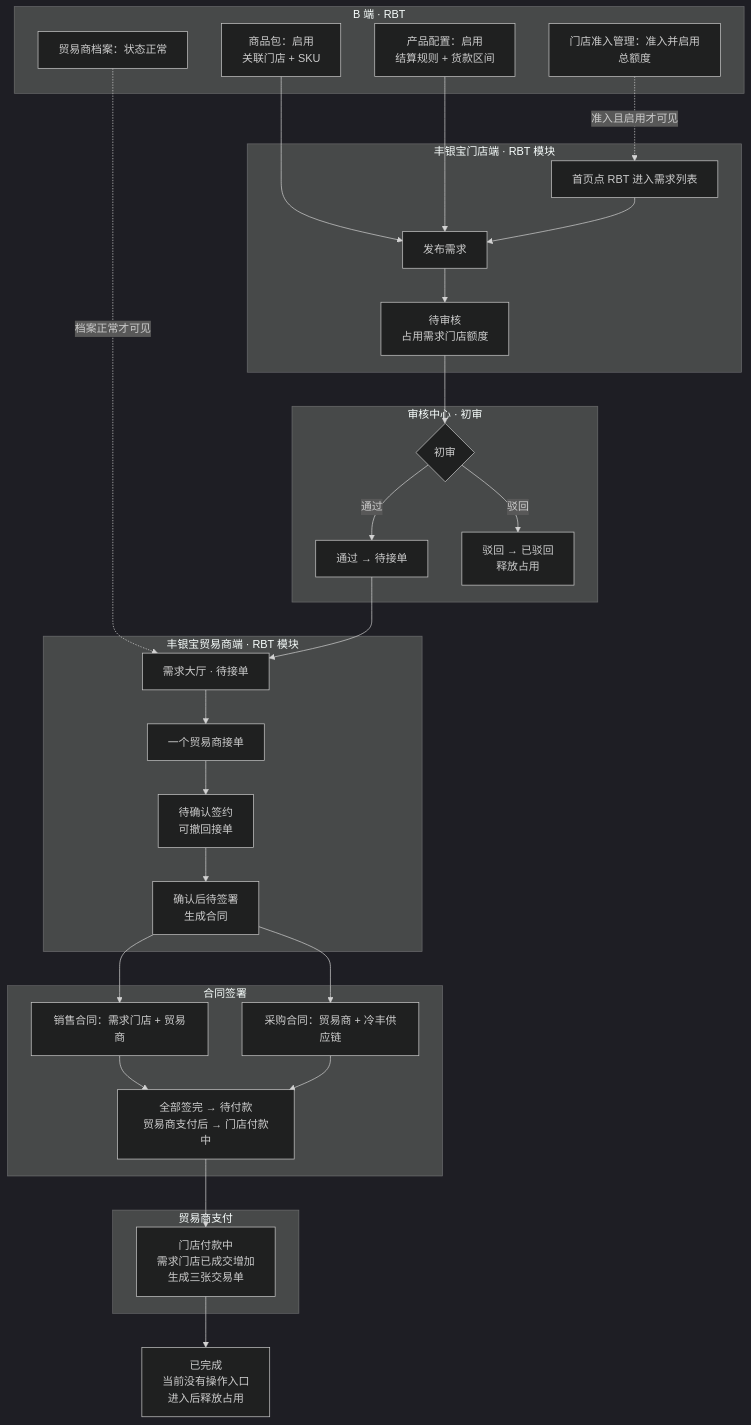
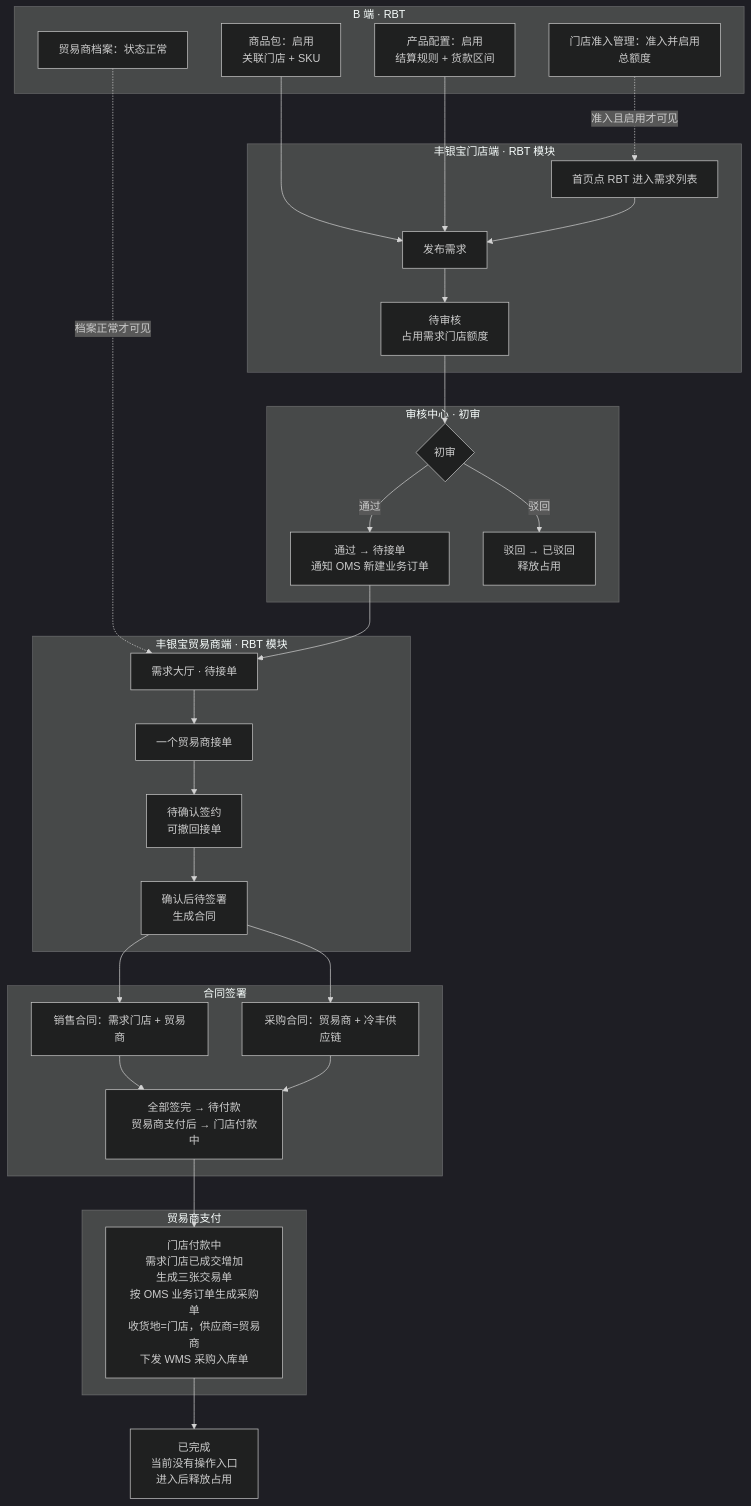
Before and after one commit to 342-droid/LFerp: the first of 7 diagrams in RBT/docs/1-整体业务流程图.md, drawn with Mermaid (dark theme). The commit also changed other lines of this file and 4 other files, not shown here.

````diff
--- a/RBT/docs/1-整体业务流程图.md
+++ b/RBT/docs/1-整体业务流程图.md
@@ -13,52 +15,52 @@
 ```mermaid
 flowchart TB
   subgraph B["B 端 · RBT"]
     A1[门店准入管理：准入并启用<br/>总额度]
     A2[商品包：启用<br/>关联门店 + SKU]
     A3[产品配置：启用<br/>结算规则 + 货款区间]
     A4[贸易商档案：状态正常]
   end
 
   subgraph STORE["丰银宝门店端 · RBT 模块"]
     B1[首页点 RBT 进入需求列表]
     B2[发布需求]
     B3[待审核<br/>占用需求门店额度]
   end
 
   subgraph AUD1["审核中心 · 初审"]
     C1{初审}
-    C2[通过 → 待接单]
+    C2[通过 → 待接单<br/>通知 OMS 新建业务订单]
     C3[驳回 → 已驳回<br/>释放占用]
   end
 
   subgraph TRADER["丰银宝贸易商端 · RBT 模块"]
     D1[需求大厅 · 待接单]
     D2[一个贸易商接单]
     D2b[待确认签约<br/>可撤回接单]
     D3[确认后待签署<br/>生成合同]
   end
 
   subgraph SIGN["合同签署"]
     E2[销售合同：需求门店 + 贸易商]
     E3[采购合同：贸易商 + 冷丰供应链]
     E4[全部签完 → 待付款<br/>贸易商支付后 → 门店付款中]
   end
 
   subgraph PAY["贸易商支付"]
-    F2[门店付款中<br/>需求门店已成交增加<br/>生成三张交易单]
+    F2[门店付款中<br/>需求门店已成交增加<br/>生成三张交易单<br/>按 OMS 业务订单生成采购单<br/>收货地=门店，供应商=贸易商<br/>下发 WMS 采购入库单]
   end
 
   A1 -.->|准入且启用才可见| B1
   A4 -.->|档案正常才可见| D1
   A2 --> B2
   A3 --> B2
   B1 --> B2 --> B3 --> C1
   C1 -->|通过| C2 --> D1 --> D2 --> D2b --> D3
   C1 -->|驳回| C3
   D3 --> E2
   D3 --> E3
   E2 --> E4
   E3 --> E4
   E4 --> F2
   F2 --> G1[已完成<br/>当前没有操作入口<br/>进入后释放占用]
 ```
````
